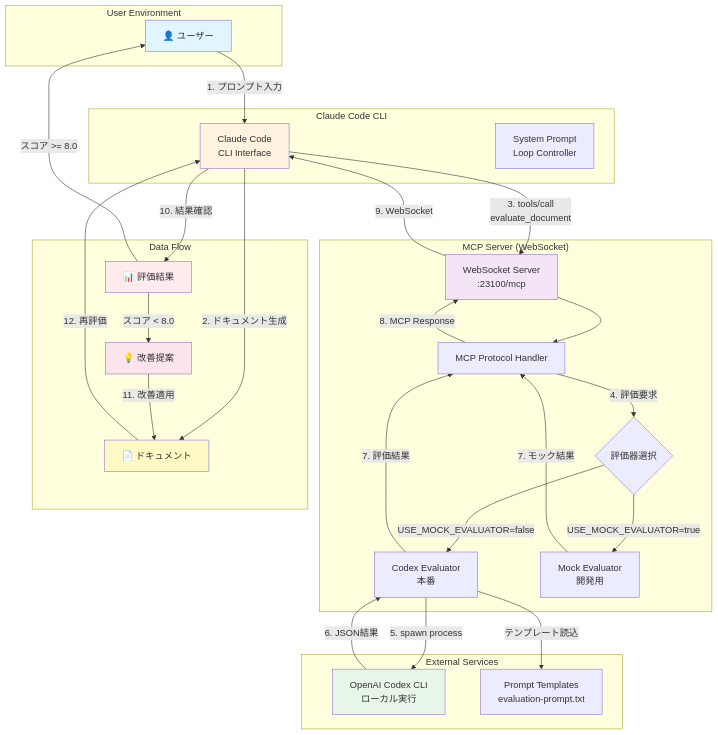
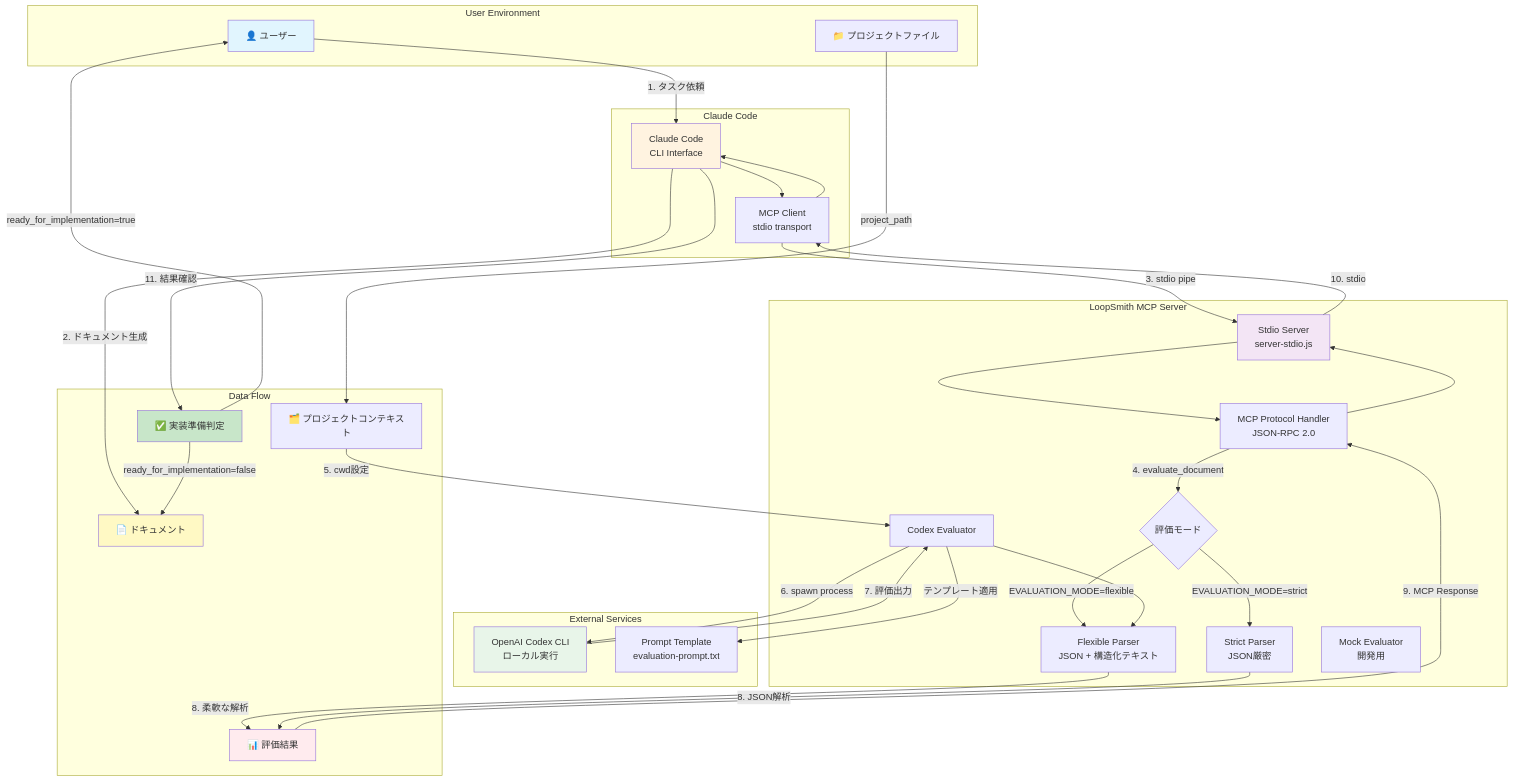
The diagram in docs/architecture.md (Mega-Gorilla/loopsmith), drawn with Mermaid before and after one commit. The commit also changed other lines of this file and 1 other file, not shown here.

````diff
--- a/docs/architecture.md
+++ b/docs/architecture.md
@@ -9,67 +9,81 @@
 ```mermaid
 graph TB
     subgraph "User Environment"
         User[👤 ユーザー]
+        ProjectFiles[📁 プロジェクトファイル]
     end
     
-    subgraph "Claude Code CLI"
+    subgraph "Claude Code"
         CC[Claude Code<br/>CLI Interface]
-        SP[System Prompt<br/>Loop Controller]
+        MCPClient[MCP Client<br/>stdio transport]
     end
     
-    subgraph "MCP Server (WebSocket)"
-        WS[WebSocket Server<br/>:23100/mcp]
-        MC[MCP Protocol Handler]
-        EV{評価器選択}
-        CE[Codex Evaluator<br/>本番]
+    subgraph "LoopSmith MCP Server"
+        STDIO[Stdio Server<br/>server-stdio.js]
+        MCPHandler[MCP Protocol Handler<br/>JSON-RPC 2.0]
+        EV{評価モード}
+        FlexParser[Flexible Parser<br/>JSON + 構造化テキスト]
+        StrictParser[Strict Parser<br/>JSON厳密]
+        CE[Codex Evaluator]
         ME[Mock Evaluator<br/>開発用]
     end
     
     subgraph "External Services"
         CX[OpenAI Codex CLI<br/>ローカル実行]
-        PT[Prompt Templates<br/>evaluation-prompt.txt]
+        PT[Prompt Template<br/>evaluation-prompt.txt]
     end
     
     subgraph "Data Flow"
         DOC[📄 ドキュメント]
+        CTX[🗂️ プロジェクトコンテキスト]
         EVL[📊 評価結果]
-        SUG[💡 改善提案]
+        IMPL[✅ 実装準備判定]
     end
     
     %% ユーザーインタラクション
-    User -->|1. プロンプト入力| CC
+    User -->|1. タスク依頼| CC
     CC -->|2. ドキュメント生成| DOC
     
+    %% MCP通信
+    CC --> MCPClient
+    MCPClient -->|3. stdio pipe| STDIO
+    STDIO --> MCPHandler
+    
     %% 評価フロー
-    CC -->|3. tools/call<br/>evaluate_document| WS
-    WS --> MC
-    MC -->|4. 評価要求| EV
-    EV -->|USE_MOCK_EVALUATOR=false| CE
-    EV -->|USE_MOCK_EVALUATOR=true| ME
+    MCPHandler -->|4. evaluate_document| EV
+    EV -->|EVALUATION_MODE=flexible| FlexParser
+    EV -->|EVALUATION_MODE=strict| StrictParser
+    
+    %% コンテキスト認識
+    ProjectFiles -->|project_path| CTX
+    CTX -->|5. cwd設定| CE
     
     %% Codex実行
-    CE -->|5. spawn process| CX
-    CE -->|テンプレート読込| PT
-    CX -->|6. JSON結果| CE
+    CE -->|6. spawn process| CX
+    CE -->|テンプレート適用| PT
+    CX -->|7. 評価出力| CE
+    
+    %% パース処理
+    CE --> FlexParser
+    FlexParser -->|8. 柔軟な解析| EVL
+    StrictParser -->|8. JSON解析| EVL
     
     %% 結果返却
-    CE -->|7. 評価結果| MC
-    ME -->|7. モック結果| MC
-    MC -->|8. MCP Response| WS
-    WS -->|9. WebSocket| CC
+    EVL -->|9. MCP Response| MCPHandler
+    MCPHandler --> STDIO
+    STDIO -->|10. stdio| MCPClient
+    MCPClient --> CC
     
-    %% 改善ループ
-    CC -->|10. 結果確認| EVL
-    EVL -->|スコア < 8.0| SUG
-    SUG -->|11. 改善適用| DOC
-    DOC -->|12. 再評価| CC
-    EVL -->|スコア >= 8.0| User
+    %% 実装判定
+    CC -->|11. 結果確認| IMPL
+    IMPL -->|ready_for_implementation=true| User
+    IMPL -->|ready_for_implementation=false| DOC
     
     style User fill:#e1f5fe
     style CC fill:#fff3e0
-    style WS fill:#f3e5f5
+    style STDIO fill:#f3e5f5
     style CX fill:#e8f5e9
     style DOC fill:#fff9c4
     style EVL fill:#ffebee
-    style SUG fill:#fce4ec
+    style IMPL fill:#c8e6c9
 ```
````
